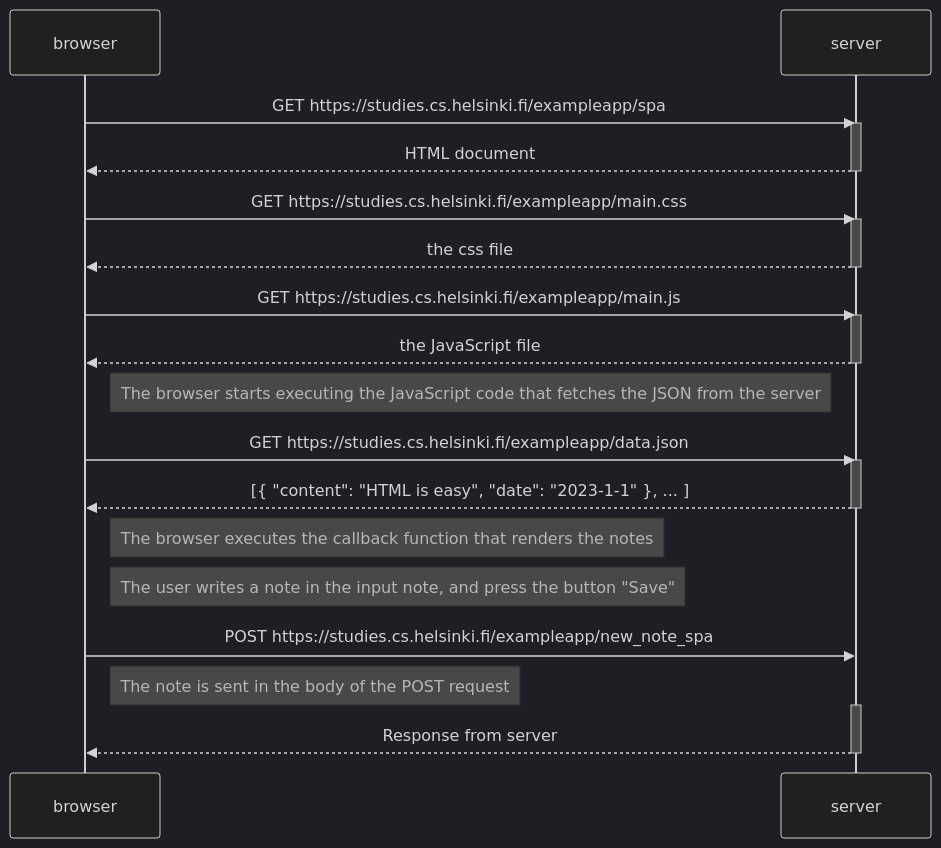
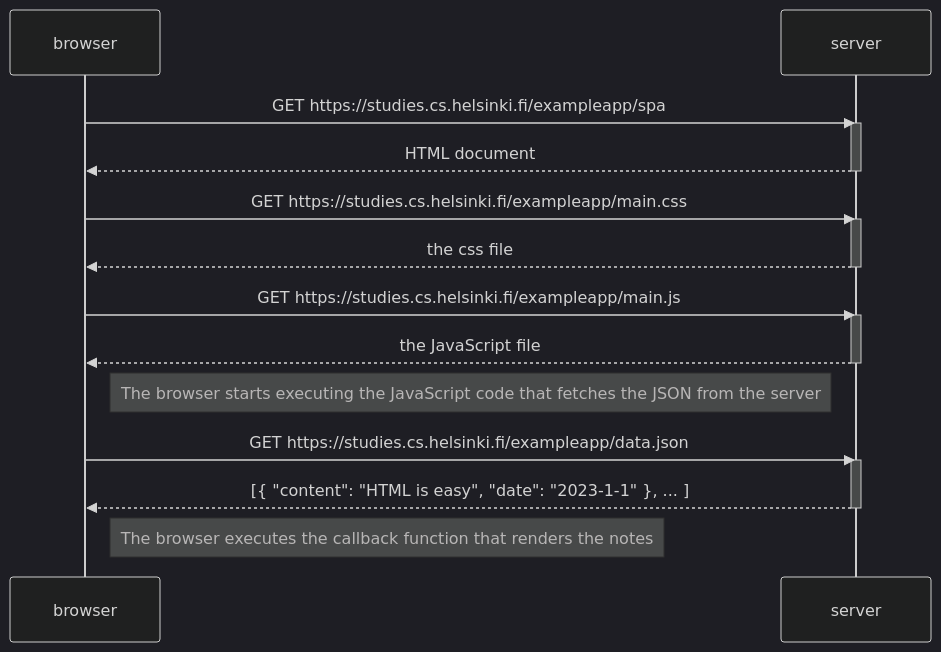
The diagram in 05_part0.mmd (alexDurVar/part0-ex-0.4), drawn with Mermaid (dark theme) before and after one commit.

```diff
--- a/05_part0.mmd
+++ b/05_part0.mmd
@@ -1,35 +1,27 @@
 sequenceDiagram
     participant browser
     participant server
 
     browser->>server: GET https://studies.cs.helsinki.fi/exampleapp/spa
     activate server
     server-->>browser: HTML document
     deactivate server
 
     browser->>server: GET https://studies.cs.helsinki.fi/exampleapp/main.css
     activate server
     server-->>browser: the css file
     deactivate server
 
     browser->>server: GET https://studies.cs.helsinki.fi/exampleapp/main.js
     activate server
     server-->>browser: the JavaScript file
     deactivate server
 
     Note right of browser: The browser starts executing the JavaScript code that fetches the JSON from the server
 
     browser->>server: GET https://studies.cs.helsinki.fi/exampleapp/data.json
     activate server
     server-->>browser: [{ "content": "HTML is easy", "date": "2023-1-1" }, ... ]
     deactivate server
 
     Note right of browser: The browser executes the callback function that renders the notes
-
-    
-    Note right of browser: The user writes a note in the input note, and press the button "Save"
-    browser->>server: POST https://studies.cs.helsinki.fi/exampleapp/new_note_spa
-    Note right of browser: The note is sent in the body of the POST request
-    activate server
-    server-->>browser: Response from server
-    deactivate server
```
